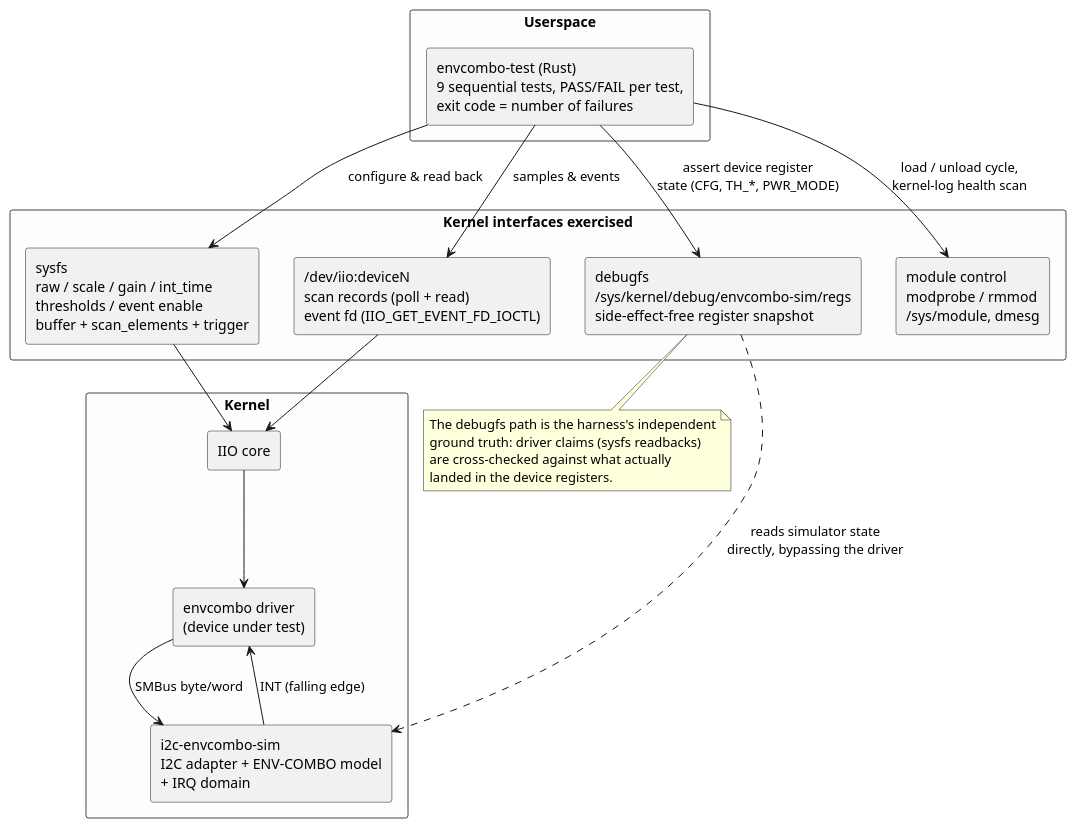
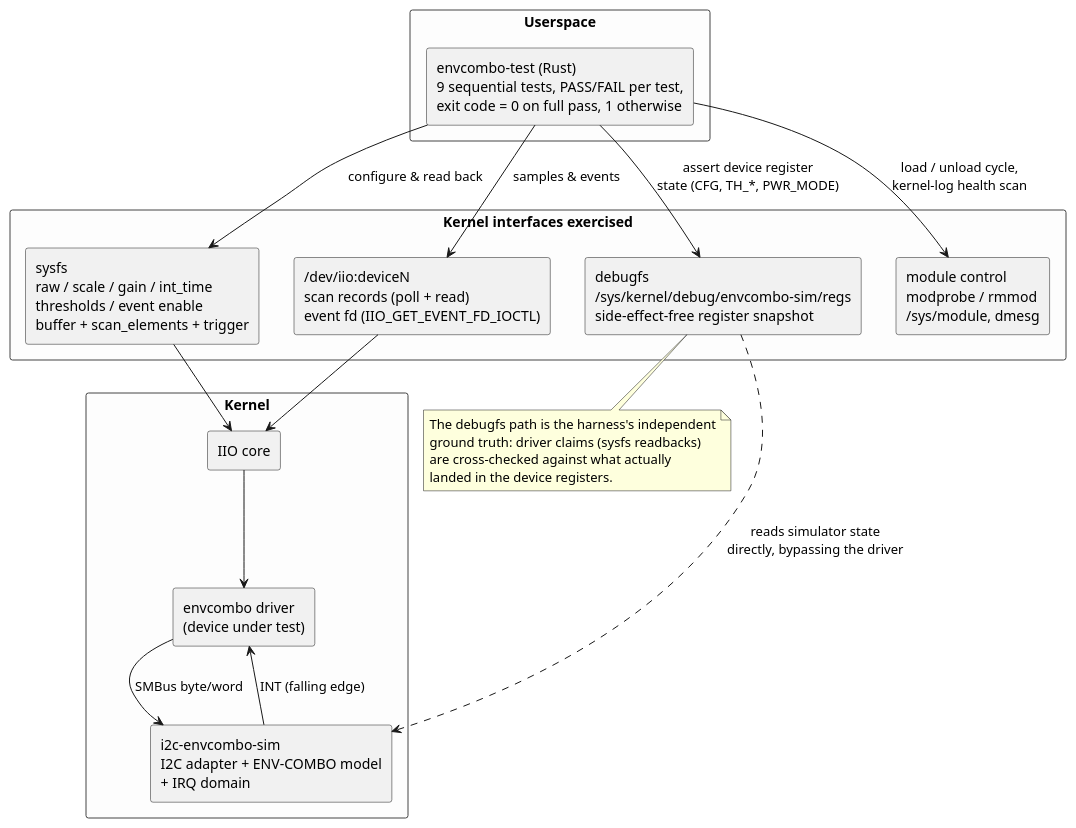
The diagram in docs/diagrams/test-stack.puml (giltabibian/NanitComboSensor), drawn with PlantUML before and after one commit.

Commit message:
test-stack fix

```diff
--- a/docs/diagrams/test-stack.puml
+++ b/docs/diagrams/test-stack.puml
@@ -1,45 +1,45 @@
 @startuml test-stack
 skinparam componentStyle rectangle
 skinparam shadowing false
 skinparam defaultFontName Helvetica
 skinparam rectangle {
   BackgroundColor #FDFDFD
   BorderColor #444444
 }
 
 rectangle "Userspace" as US {
-  component "envcombo-test (Rust)\n9 sequential tests, PASS/FAIL per test,\nexit code = number of failures" as TEST
+  component "envcombo-test (Rust)\n9 sequential tests, PASS/FAIL per test,\nexit code = 0 on full pass, 1 otherwise" as TEST
 }
 
 rectangle "Kernel interfaces exercised" as IF {
   component "sysfs\nraw / scale / gain / int_time\nthresholds / event enable\nbuffer + scan_elements + trigger" as SYSFS
   component "/dev/iio:deviceN\nscan records (poll + read)\nevent fd (IIO_GET_EVENT_FD_IOCTL)" as CHRDEV
   component "debugfs\n/sys/kernel/debug/envcombo-sim/regs\nside-effect-free register snapshot" as DBGFS
   component "module control\nmodprobe / rmmod\n/sys/module, dmesg" as MOD
 }
 
 rectangle "Kernel" as K {
   component "IIO core" as IIO
   component "envcombo driver\n(device under test)" as DRV
   component "i2c-envcombo-sim\nI2C adapter + ENV-COMBO model\n+ IRQ domain" as SIM
 }
 
 TEST --> SYSFS : configure & read back
 TEST --> CHRDEV : samples & events
 TEST --> DBGFS : assert device register\nstate (CFG, TH_*, PWR_MODE)
 TEST --> MOD : load / unload cycle,\nkernel-log health scan
 
 SYSFS --> IIO
 CHRDEV --> IIO
 IIO --> DRV
 DRV --> SIM : SMBus byte/word
 SIM --> DRV : INT (falling edge)
 DBGFS ..> SIM : reads simulator state\ndirectly, bypassing the driver
 
 note bottom of DBGFS
   The debugfs path is the harness's independent
   ground truth: driver claims (sysfs readbacks)
   are cross-checked against what actually
   landed in the device registers.
 end note
 @enduml
```
